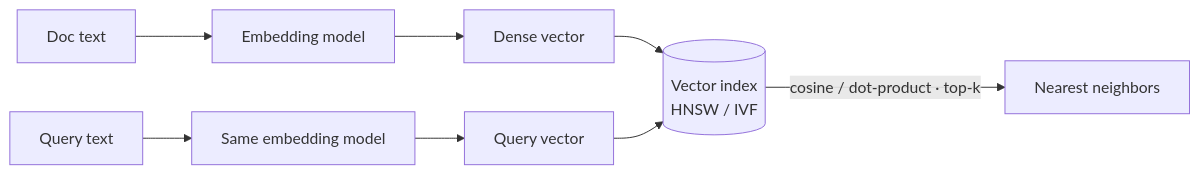
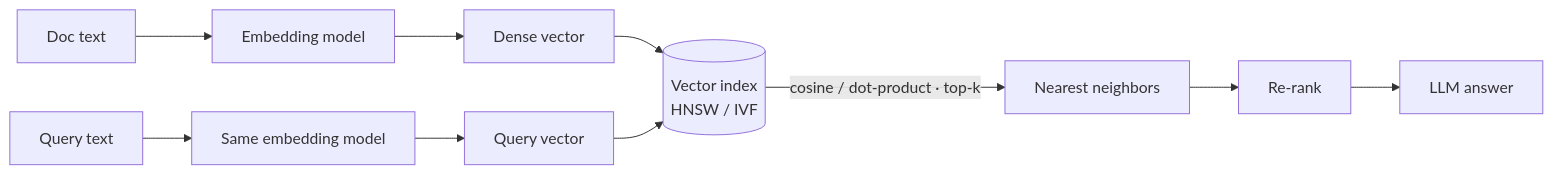
One commit to Vnd443/agentic-ai-interview-prep changed the diagram in 04-embeddings-vector-search/concepts.md. Above: the diagram before and after it, drawn with Mermaid. The commit also changed other lines of this file and 9 other files, not shown here.

````diff
--- a/04-embeddings-vector-search/concepts.md
+++ b/04-embeddings-vector-search/concepts.md
@@ -6,6 +109,6 @@
 ```mermaid
 flowchart LR
     T[Doc text] --> M[Embedding model] --> Vec[Dense vector] --> DB[(Vector index<br/>HNSW / IVF)]
     Q[Query text] --> M2[Same embedding model] --> QV[Query vector] --> DB
-    DB -->|cosine / dot-product · top-k| N[Nearest neighbors]
+    DB -->|cosine / dot-product · top-k| N[Nearest neighbors] --> RR[Re-rank] --> G[LLM answer]
 ```
````
